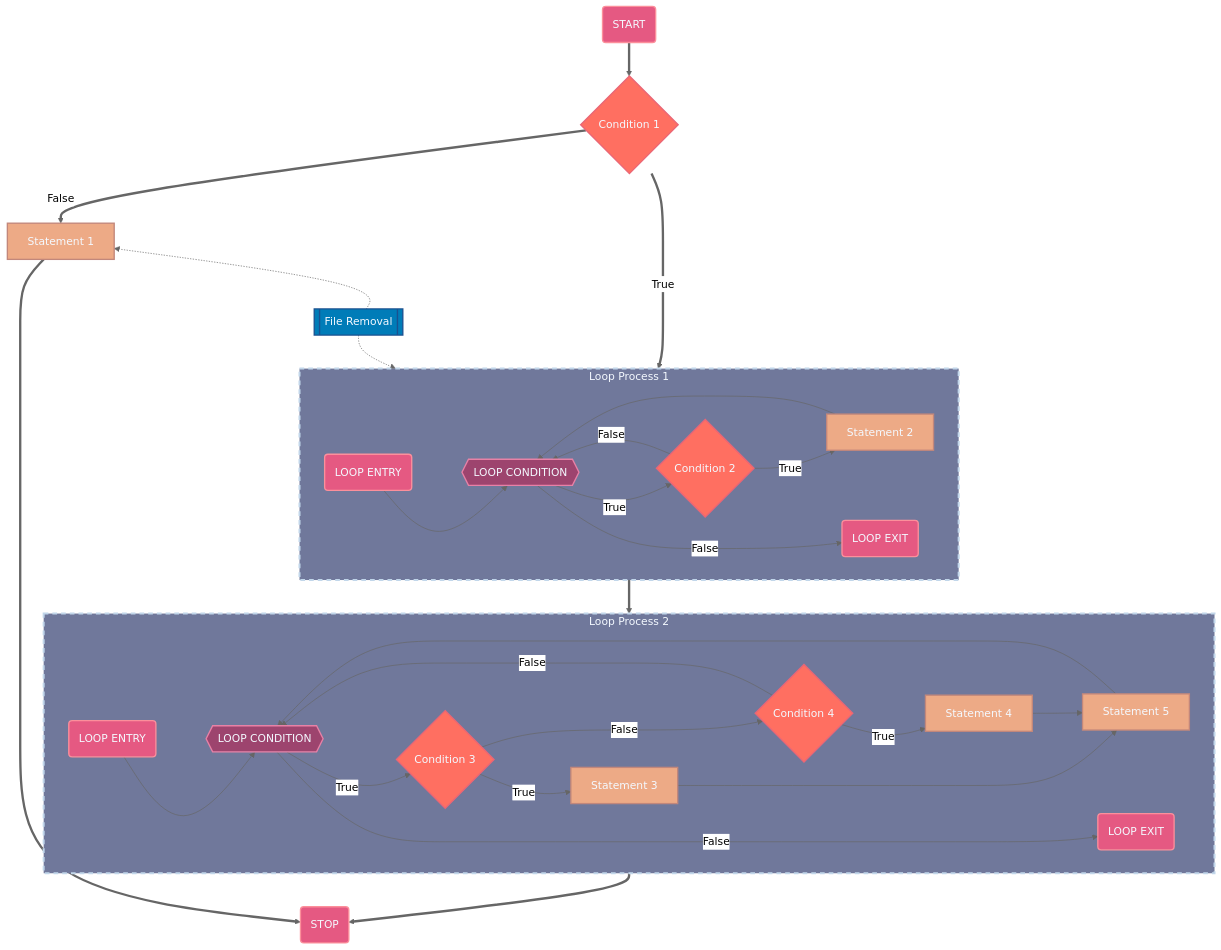
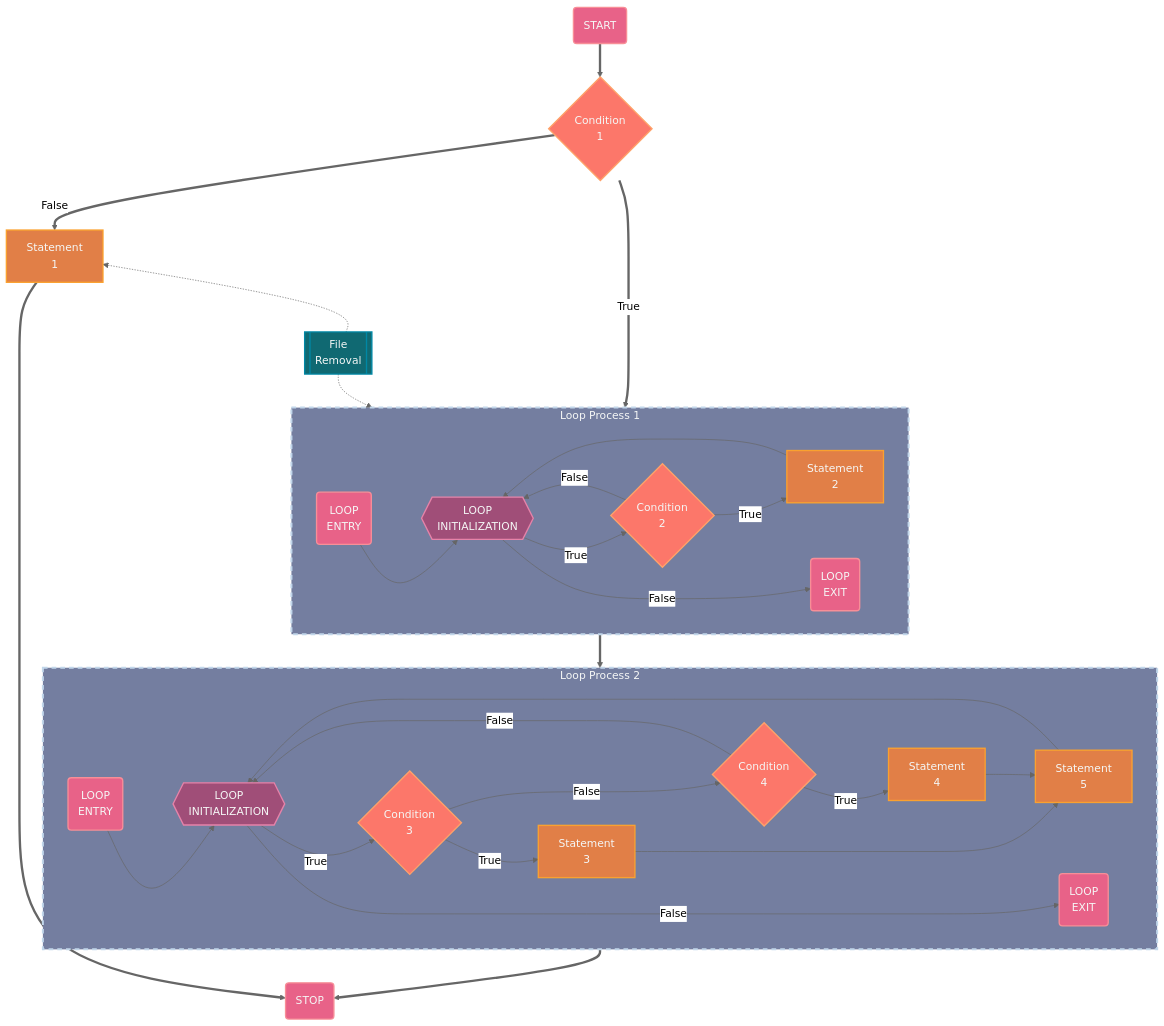
One commit to RaphaelZH/OpenCV_Program_EN changed the diagram in README.md. Above: the diagram before and after it, drawn with Mermaid (neutral theme). The commit also changed 2 other files, not shown here.

Commit message:
beautify

````diff
--- a/README.md
+++ b/README.md
@@ -5,53 +5,50 @@
 ```mermaid
 %% Colors used for the Terminal symbols in this flowchart:
-%% - Pantone / PMS 17-1937 TCX / Hot Pink / #e55982 Hex Color Code
-%% - Pantone / PMS 15-1624 TCX / Conch Shell / #fc8f9b Hex Color Code
+%% - Pantone / PMS 17-1937 TPG / Hot Pink / #e86288 Hex Color Code
+%% - Pantone / PMS 15-1624 TPG / Conch Shell / #f88e97 Hex Color Code
 
 %% Colors used for the Initialization symbols in this flowchart:
-%% - Pantone / PMS 18-2525 TCX / Magenta Haze / #9d446e Hex Color Code
-%% - Pantone / PMS 15-2217 TCX / Aurora Pink / #e881a6 Hex Color Code
-
+%% - Pantone / PMS 18-2525 TPG / Magenta Haze / #a04e78 Hex Color Code
 %% - Pantone / PMS 15-2217 TPG / Aurora Pink / #e683a9 Hex Color Code
-%% - Pantone / PMS 17-1937 TPG / Hot Pink / #e86288 Hex Color Code
 
 %% Colors used for the Decision symbols in this flowchart:
-%% - Pantone / PMS 16-1546 TCX / Living Coral / #ff6f61 Hex Color Code
-%% - Pantone / PMS 17-1736 TCX / Sun Kissed Coral / #ea6676 Hex Code Couleur
+%% - Pantone / PMS 16-1546 TPG / Living Coral / #fc776a Hex Color Code
+%% - Pantone / PMS 15-1243 TPG / Papaya / #ffa269 Hex Color Code
 
 %% Colors used for the Process symbols in this flowchart:
-%% - Pantone / PMS 14-1224 TCX / Coral Sands / #edaa86 Hex Code Couleur
-%% - Pantone / PMS 16-1522 TCX / Rose Dawn / #c2877b Hex Code Couleur
+%% - Pantone / PMS 16-1350 TPG / Amberglow / #e17f47 Hex Color Code
+%% - Pantone / PMS 15-1058 TPG / Radiant Yellow / #faa12f Hex Color Code
 
 %% Colors used for the Predefined Process symbols in this flowchart:
-%% - Pantone / PMS 17-4245 TCX / Ibiza Blue / #007cb8 Hex Color Code
-%% - Pantone / PMS 19-4053 TCX / Turkish Sea / #1a5190 Hex Color Code
+%% - Pantone / PMS 18-4834 TPG / Deep Lake / #106972 Hex Color Code
+%% - Pantone / PMS 17-4530 TPG / Barrier Reef / #0088a5 Hex Color Code
 
 %% Colors used for the background of subgraphs in this flowchart:
-%% - Pantone / PMS 17-3922 TCX / Blue Ice / #70789b Hex Color Code
+%% - Pantone / PMS 17-3922 TPG / Blue Ice / #747ea0 Hex Color Code
 %% - Pantone / PMS 13-4202 TPG / Ice Water / #c1d6ea Hex Color Code
 
 %% Font color used for colored background and symbols in this flowchart:
-%% - Pantone / PMS 11-0601 TCX / Bright White / #f4f9ff Hex Color Code
+%% - Pantone / PMS 11-0601 TPG / Bright White / #f5f7f6 Hex Color Code
 
 flowchart TB
-    classDef Terminal_Symbol fill: #e55982, stroke: #fc8f9b, stroke-width: 2px, color: #f4f9ff
+    classDef Terminal_Symbol fill: #e86288, stroke: #f88e97, stroke-width: 2px, color: #f5f7f6
 
-    classDef Initialization_Symbols fill: #9d446e, stroke: #e881a6, stroke-width: 2px, color: #f4f9ff
+    classDef Initialization_Symbols fill: #a04e78, stroke: #e683a9, stroke-width: 2px, color: #f5f7f6
 
-    classDef Decision_Symbol fill: #ff6f61, stroke: #ea6676, stroke-width: 2px, color: #f4f9ff
+    classDef Decision_Symbol fill: #fc776a, stroke: #ffa269, stroke-width: 2px, color: #f5f7f6
 
-    classDef Process_Symbol fill: #edaa86, stroke: #c2877b, stroke-width: 2px, color: #f4f9ff
+    classDef Process_Symbol fill: #e17f47, stroke: #faa12f, stroke-width: 2px, color: #f5f7f6
 
-    classDef Predefined_Process_Symbol fill: #007cb8, stroke: #1a5190, stroke-width: 2px, color: #f4f9ff
+    classDef Predefined_Process_Symbol fill: #106972, stroke: #0088a5, stroke-width: 2px, color: #f5f7f6
 
-    classDef Background_Subgraph fill: #70789b, stroke: #c1d6ea, stroke-width: 3px, color: #f4f9ff, stroke-dasharray: 7 6
+    classDef Background_Subgraph fill: #747ea0, stroke: #c1d6ea, stroke-width: 3px, color: #f5f7f6, stroke-dasharray: 7 6
 
     subgraph LOOP_1[Loop Process 1]
-        LOOP_1_A(LOOP ENTRY):::Terminal_Symbol
-        LOOP_1_B{{LOOP CONDITION}}:::Initialization_Symbols
-        LOOP_1_C{Condition 2}:::Decision_Symbol
-        LOOP_1_D[Statement 2]:::Process_Symbol
-        LOOP_1_E(LOOP EXIT):::Terminal_Symbol
+        LOOP_1_A(LOOP \n ENTRY):::Terminal_Symbol
+        LOOP_1_B{{LOOP \n INITIALIZATION}}:::Initialization_Symbols
+        LOOP_1_C{Condition \n 2}:::Decision_Symbol
+        LOOP_1_D[Statement \n 2]:::Process_Symbol
+        LOOP_1_E(LOOP \n EXIT):::Terminal_Symbol
 
         direction LR
             LOOP_1_A --> LOOP_1_B -- True --> LOOP_1_C -- True --> LOOP_1_D --> LOOP_1_B
@@ -62,14 +59,14 @@
     end
 
     subgraph LOOP_2[Loop Process 2]
-        LOOP_2_A(LOOP ENTRY):::Terminal_Symbol
-        LOOP_2_B{{LOOP CONDITION}}:::Initialization_Symbols
-        LOOP_2_C{Condition 3}:::Decision_Symbol
-        LOOP_2_D[Statement 3]:::Process_Symbol
-        LOOP_2_E{Condition 4}:::Decision_Symbol
-        LOOP_2_F[Statement 4]:::Process_Symbol
-        LOOP_2_G[Statement 5]:::Process_Symbol
-        LOOP_2_H(LOOP EXIT):::Terminal_Symbol
+        LOOP_2_A(LOOP \n ENTRY):::Terminal_Symbol
+        LOOP_2_B{{LOOP \n INITIALIZATION}}:::Initialization_Symbols
+        LOOP_2_C{Condition \n 3}:::Decision_Symbol
+        LOOP_2_D[Statement \n 3]:::Process_Symbol
+        LOOP_2_E{Condition \n 4}:::Decision_Symbol
+        LOOP_2_F[Statement \n 4]:::Process_Symbol
+        LOOP_2_G[Statement \n 5]:::Process_Symbol
+        LOOP_2_H(LOOP \n EXIT):::Terminal_Symbol
 
         direction LR
             LOOP_2_A --> LOOP_2_B -- True --> LOOP_2_C -- True --> LOOP_2_D --> LOOP_2_G --> LOOP_2_B
@@ -85,11 +82,11 @@
     LOOP_2:::Background_Subgraph
 
     A(START):::Terminal_Symbol
-    B{Condition 1}:::Decision_Symbol
-    C[Statement 1]:::Process_Symbol
+    B{Condition \n 1}:::Decision_Symbol
+    C[Statement \n 1]:::Process_Symbol
     D(STOP):::Terminal_Symbol
 
-    X[[File Removal]]:::Predefined_Process_Symbol
+    X[[File \n Removal]]:::Predefined_Process_Symbol
 
     A ==> B == True ==> LOOP_1 ==> LOOP_2 ==> D
     B == False ==> C ==> D
````
